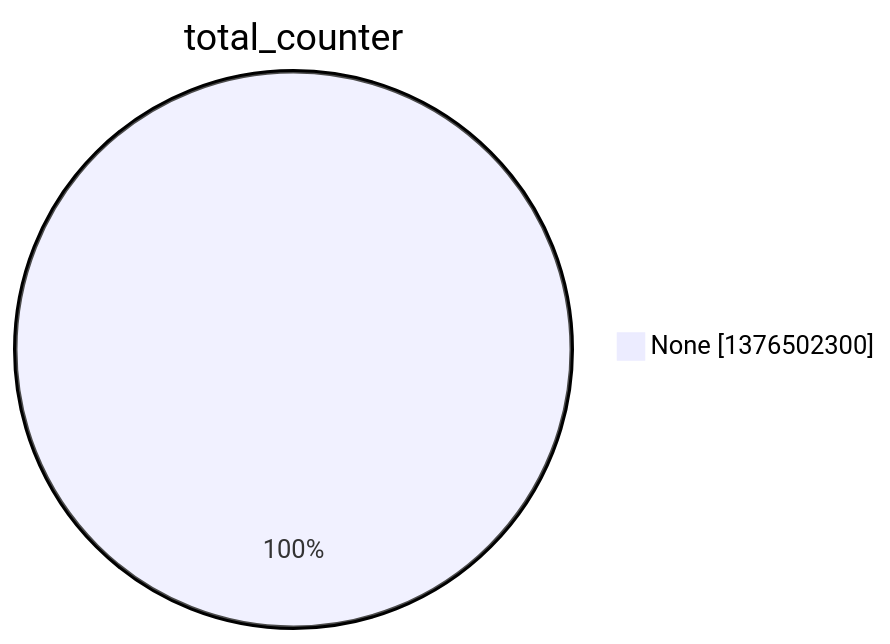
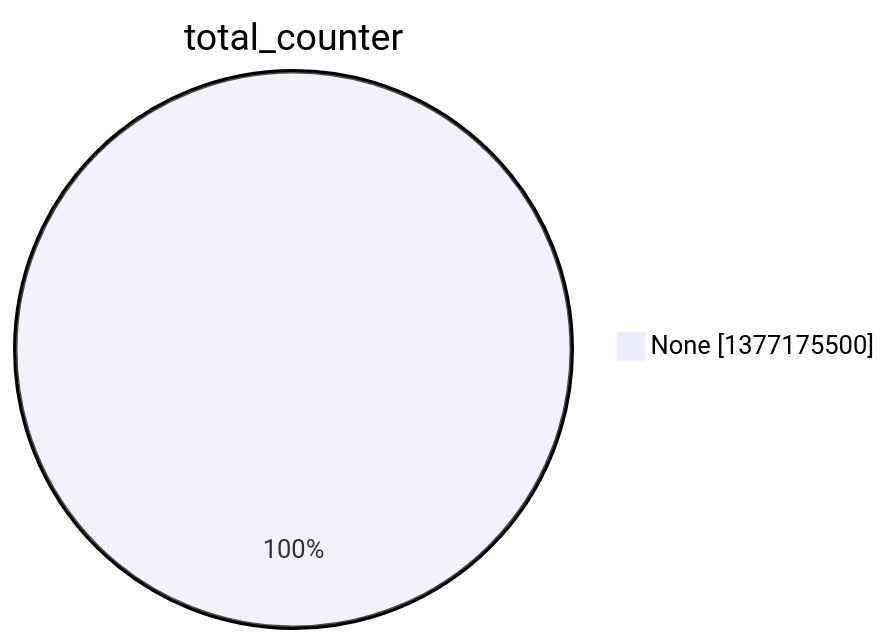
One commit to christiankrug/ctmonitor_visualization changed the second of 15 diagrams in argon2022/README.md. Above: the diagram before and after it, drawn with Mermaid. The commit also changed other lines of this file, not shown here.

````diff
--- a/argon2022/README.md
+++ b/argon2022/README.md
@@ -9,5 +9,5 @@
 ```mermaid
 pie showData
 title total_counter
-"None" :1376502300
+"None" :1377175500
 ```
````
